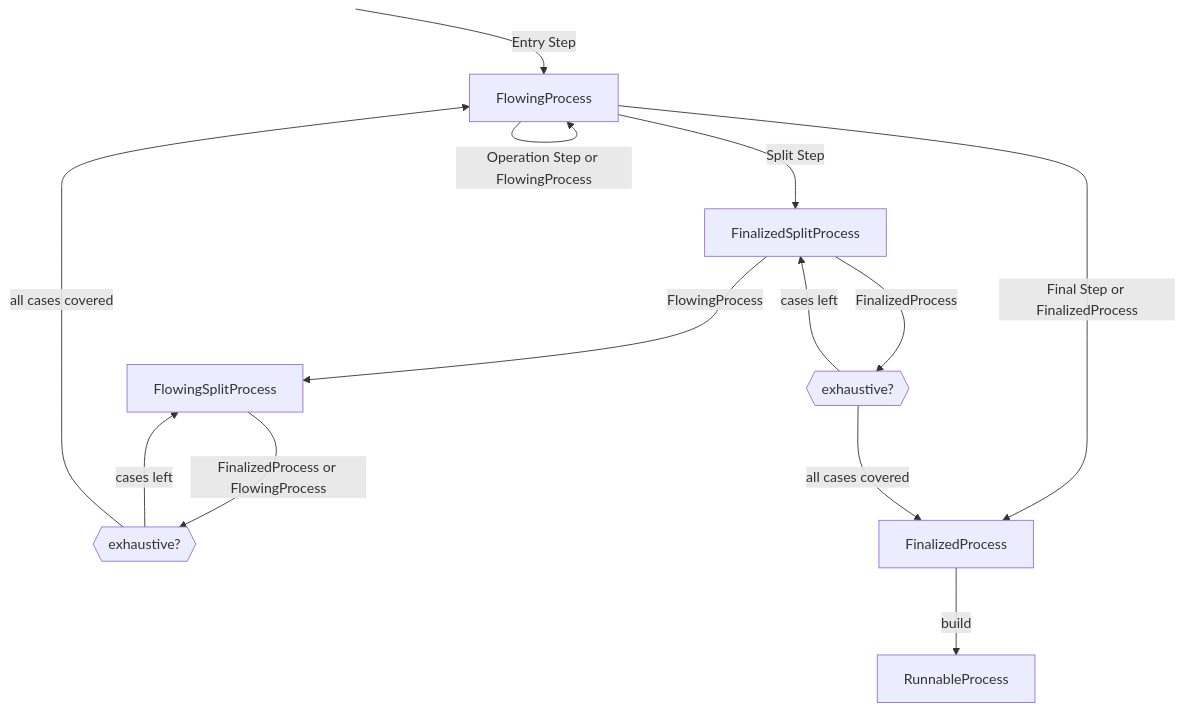
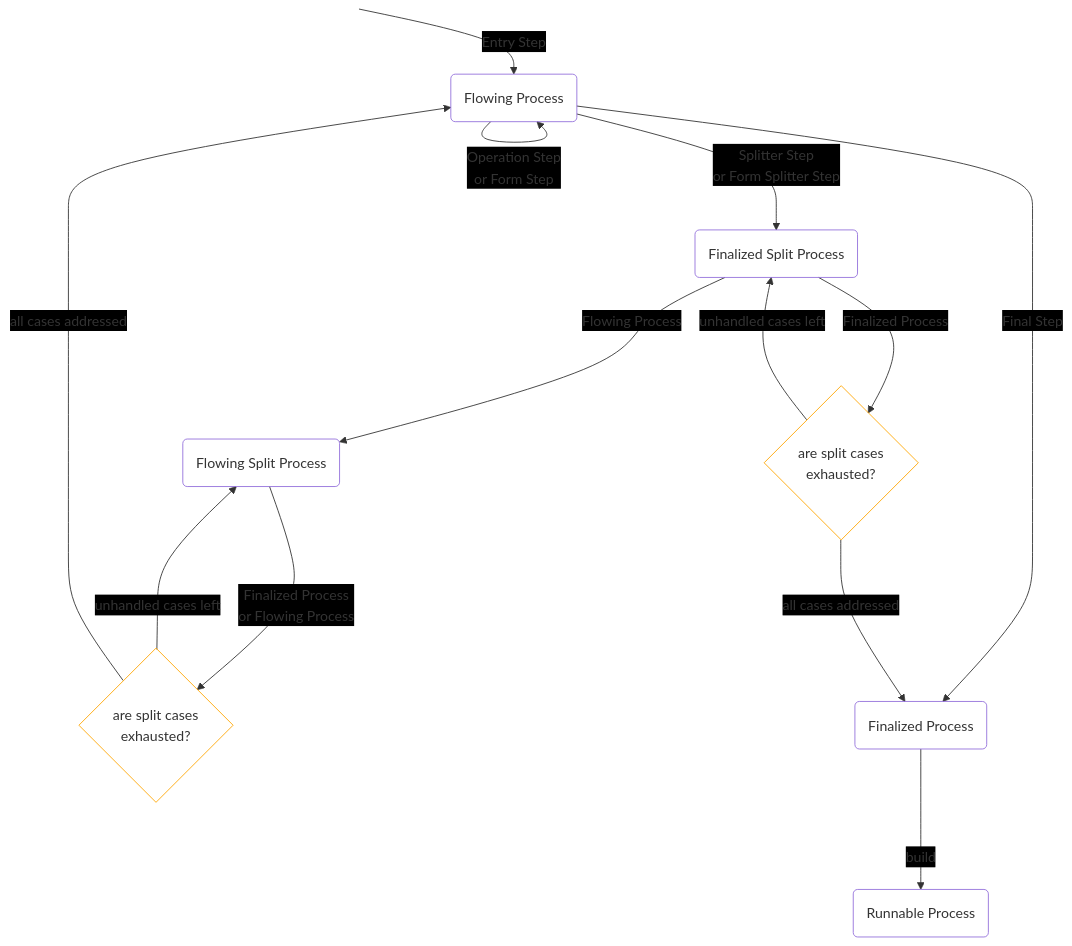
Before and after one commit to Only1Loatheb/brrricks: the diagram in type_process_builder/doc/process_builder_states.mmd, drawn with Mermaid. The commit also changed 3 other files, not shown here.

```diff
--- a/type_process_builder/doc/process_builder_states.mmd
+++ b/type_process_builder/doc/process_builder_states.mmd
@@ -1,38 +1,43 @@
 %%{
   init: {
     'flowchart': {
       'defaultRenderer': 'tidy-tree'
+    },
+    'themeVariables': {
+      'edgeLabelBackground': '#000000'
     }
   }
 }%%
 flowchart TD
+    classDef default fill:transparent;
     classDef hidden display: none;
+    classDef orangeNodeEdge stroke:orange;
     Start:::hidden
     FinalizedSplitProcessSubgraph:::hidden
     subgraph FinalizedSplitProcessSubgraph
-        FinalizedSplitProcess[FinalizedSplitProcess]
-        finalized_split_cases_final{{exhaustive?}}
+        FinalizedSplitProcess(Finalized Split Process)
+        finalized_split_cases_final{are split cases<br>exhausted?}:::orangeNodeEdge
     end
     FlowingSplitProcessSubgraph:::hidden
     subgraph FlowingSplitProcessSubgraph
-        FlowingSplitProcess[FlowingSplitProcess]
-        flowing_split_cases{{exhaustive?}}
+        FlowingSplitProcess(Flowing Split Process)
+        flowing_split_cases{are split cases<br>exhausted?}:::orangeNodeEdge
     end
-    FinalizedProcess -- " build " --> RunnableProcess
-    Start -- " Entry Step " --> FlowingProcess
-    FlowingProcess -- " Operation Step or FlowingProcess " --> FlowingProcess
-    FlowingProcess -- " Final Step or FinalizedProcess " --> FinalizedProcess
-    FlowingProcess -- " Split Step " --> FinalizedSplitProcess
-    FinalizedSplitProcess -- " FinalizedProcess " --> finalized_split_cases_final
-    finalized_split_cases_final -- " cases left " --> FinalizedSplitProcess
-    finalized_split_cases_final -- " all cases covered " --> FinalizedProcess
-    FinalizedSplitProcess -- " FlowingProcess " --> FlowingSplitProcess
-    FlowingSplitProcess -- " FinalizedProcess or FlowingProcess " --> flowing_split_cases
-    flowing_split_cases -- " cases left " --> FlowingSplitProcess
-    flowing_split_cases -- " all cases covered " --> FlowingProcess
+    FinalizedProcess(Finalized Process) -- " build " --> RunnableProcess(Runnable Process)
+    Start -- " Entry Step " --> FlowingProcess(Flowing Process)
+    FlowingProcess -- " Operation Step<br>or Form Step " --> FlowingProcess
+    FlowingProcess -- " Final Step" --> FinalizedProcess
+    FlowingProcess -- " Splitter Step<br>or Form Splitter Step " --> FinalizedSplitProcess
+    FinalizedSplitProcess -- " Finalized Process " --> finalized_split_cases_final
+    finalized_split_cases_final -- " unhandled cases left " --> FinalizedSplitProcess
+    finalized_split_cases_final -- " all cases addressed " --> FinalizedProcess
+    FinalizedSplitProcess -- " Flowing Process " --> FlowingSplitProcess
+    FlowingSplitProcess -- " Finalized Process<br>or Flowing Process " --> flowing_split_cases
+    flowing_split_cases -- " unhandled cases left " --> FlowingSplitProcess
+    flowing_split_cases -- " all cases addressed " --> FlowingProcess
     Start ~~~ FlowingSplitProcess
     click FlowingSplitProcess "https://github.com/Only1Loatheb/brrricks/blob/master/type_process_builder/src/builder/flowing_split_process.rs"
     click FlowingProcess "https://github.com/Only1Loatheb/brrricks/blob/master/type_process_builder/src/builder/flowing_process.rs"
     click FinalizedSplitProcess "https://github.com/Only1Loatheb/brrricks/blob/master/type_process_builder/src/builder/finalized_split_process.rs"
     click FinalizedProcess "https://github.com/Only1Loatheb/brrricks/blob/master/type_process_builder/src/builder/finalized_process.rs"
     click RunnableProcess "https://github.com/Only1Loatheb/brrricks/blob/master/type_process_builder/src/builder/runnable_process.rs"
```
